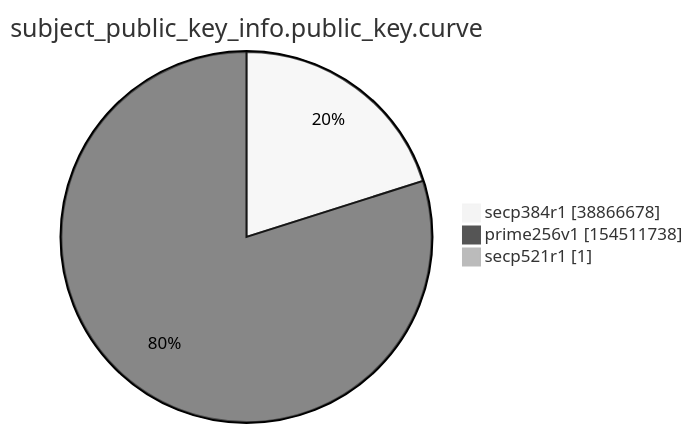
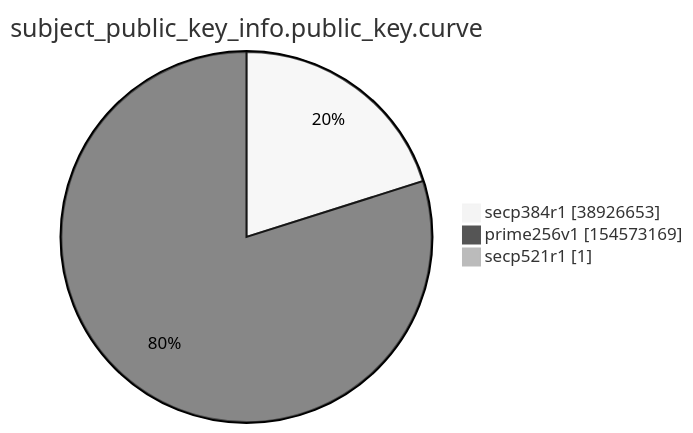
Before and after one commit to christiankrug/ctmonitor_visualization: the ninth of 15 diagrams in xenon2022/README.md, drawn with Mermaid (neutral theme). The commit also changed other lines of this file, not shown here.

````diff
--- a/xenon2022/README.md
+++ b/xenon2022/README.md
@@ -2863,7 +2863,7 @@
 ```mermaid
 pie showData
 title subject_public_key_info.public_key.curve
-"secp384r1" :38866678
-"prime256v1" :154511738
+"secp384r1" :38926653
+"prime256v1" :154573169
 "secp521r1" :1
 ```
````
